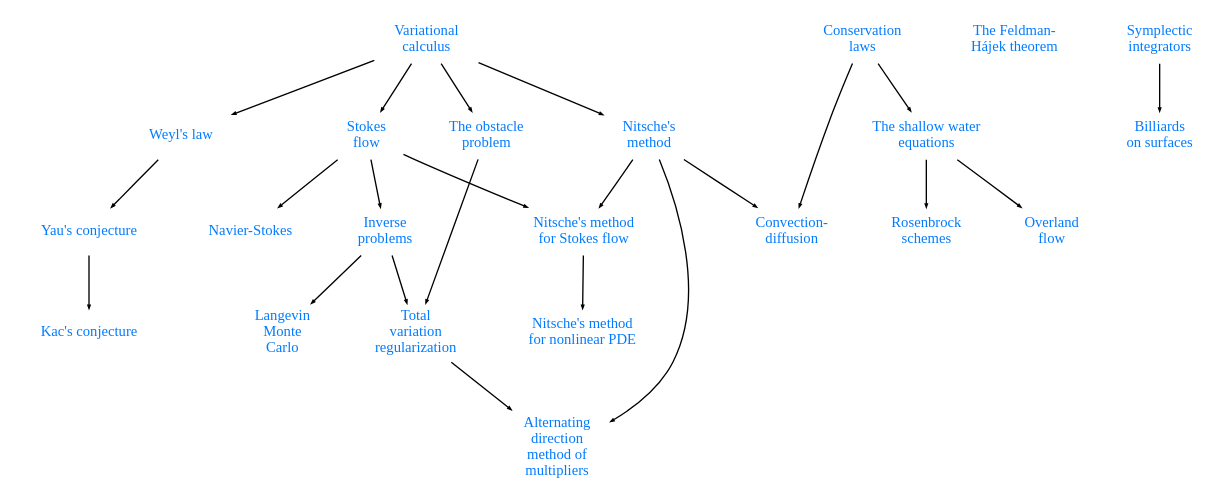
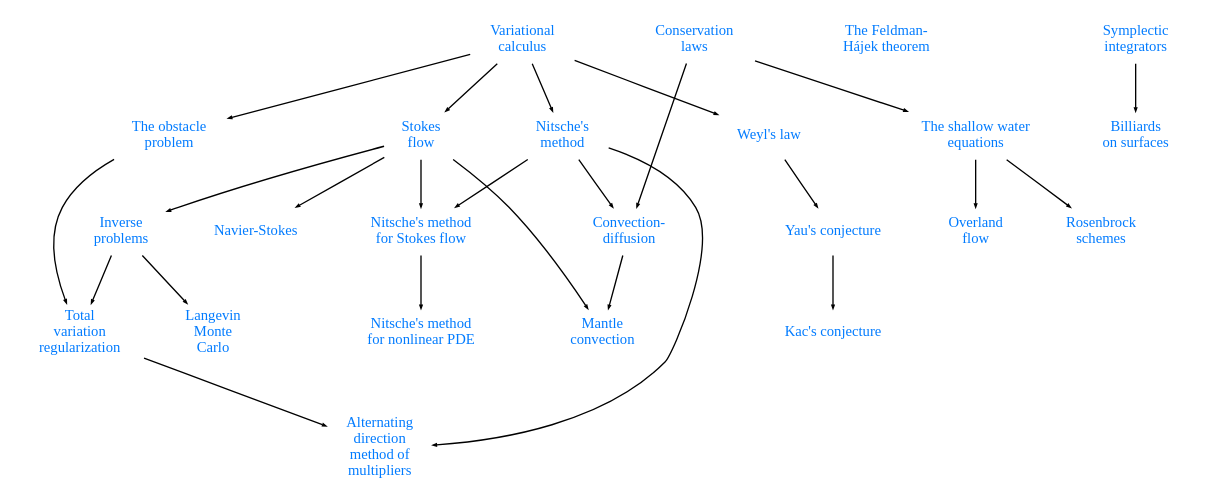
The diagram in pages/index.rst (danshapero/danshapero.github.io), drawn with Graphviz before and after one commit.

Commit message:
Add mantle to index

```diff
--- a/pages/index.rst
+++ b/pages/index.rst
@@ -17,54 +17,57 @@
 .. graphviz::
 
     digraph posts {
         node [shape="plaintext", fontcolor="#007bff", fontsize="11"];
         edge [arrowsize=0.25];
 
         calc [label="Variational\ncalculus", href="/posts/variational-calculus/"];
         stokes [label="Stokes\nflow", href="/posts/stokes/"];
         karman [label="Navier-Stokes", href="/posts/karman-vortices/"];
         weyl [label="Weyl's law", href="/posts/weyls-law/"];
         yau [label="Yau's conjecture", href="/posts/yau-conjecture/"];
         kac [label="Kac's conjecture", href="/posts/kac-conjecture/"];
         nitsche [label="Nitsche's\nmethod", href="/posts/nitsches-method/"];
         nitsche_stokes [label="Nitsche's method\nfor Stokes flow", href="/posts/nitsches-method-stokes/"];
         nitsche_nonlinear [label="Nitsche's method\nfor nonlinear PDE", href="/posts/nitsches-method-nonlinear/"];
         obstacle [label="The obstacle\nproblem", href="/posts/obstacle-problem/"];
         conservation_laws [label="Conservation\nlaws", href="/posts/conservation-laws/"];
         convection_diffusion [label="Convection-\ndiffusion", href="/posts/convection-diffusion/"];
+        mantle_convection [label="Mantle\nconvection", href="/posts/mantle-convection/"];
         inverse_problems [label="Inverse\nproblems", href="/posts/inverse-problems"];
         feldman_hajek [label="The Feldman-\nHájek theorem", href="/posts/feldman-hajek"];
         total_variation [label="Total\nvariation\nregularization", href="/posts/total-variation"];
         admm [label="Alternating\ndirection\nmethod of\nmultipliers", href="/posts/admm"];
         shallow_water [label="The shallow water\nequations", href="/posts/shallow-water/"];
         overland_flow [label="Overland\nflow", href="/posts/overland-flow/"];
         rosenbrock [label="Rosenbrock\nschemes", href="/posts/rosenbrock/"];
         langevin [label="Langevin\nMonte\nCarlo", href="/posts/langevin-mcmc/"];
         symplectic [label="Symplectic\nintegrators", href="/posts/symplectic-integrators/"];
         billiards [label="Billiards\non surfaces", href="/posts/surface-billiards/"];
 
         {rank=same; calc, conservation_laws};
 
         calc -> weyl;
         calc -> stokes;
         calc -> nitsche;
         calc -> obstacle;
         stokes -> nitsche_stokes;
         stokes -> karman;
         stokes -> inverse_problems;
         inverse_problems -> total_variation;
         nitsche -> admm;
         total_variation -> admm;
         inverse_problems -> langevin;
         obstacle -> total_variation;
         weyl -> yau;
         yau -> kac;
         nitsche -> nitsche_stokes;
         nitsche_stokes -> nitsche_nonlinear;
         conservation_laws -> convection_diffusion;
         conservation_laws -> shallow_water;
         shallow_water -> rosenbrock;
         shallow_water -> overland_flow;
         nitsche -> convection_diffusion;
+        convection_diffusion -> mantle_convection;
+        stokes -> mantle_convection;
         symplectic -> billiards;
     }
```
